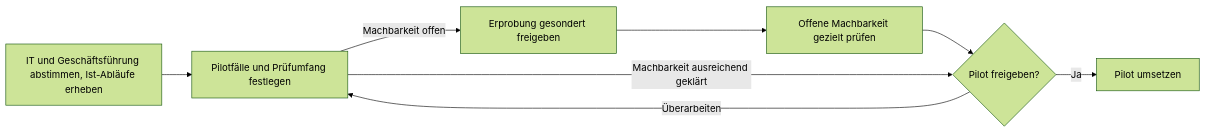
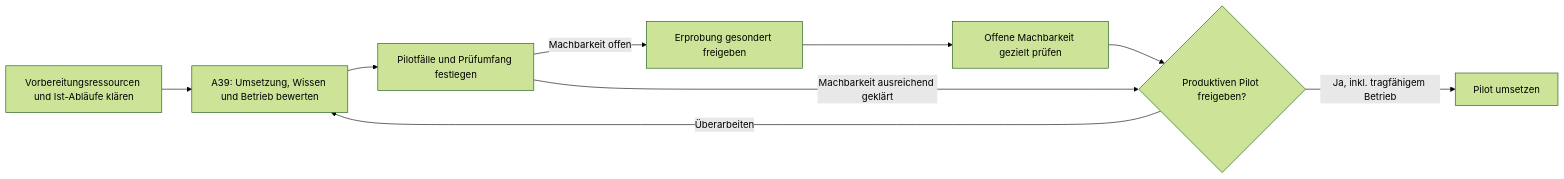
One commit to JoergHippe/VIC-GDI changed the diagram in docs/07_ROADMAP.md. Above: the diagram before and after it, drawn with Mermaid (forest theme).

Commit message:
docs(P4): A39-Roadmap und technische Vertiefungen gezielt vereinfachen

````diff
--- a/docs/07_ROADMAP.md
+++ b/docs/07_ROADMAP.md
@@ -13,15 +13,16 @@
 ```mermaid
 flowchart LR
-  Prepare["IT und Geschäftsführung abstimmen, Ist-Abläufe erheben"]
+  Prepare["Vorbereitungsressourcen und Ist-Abläufe klären"]
+  Model["A39: Umsetzung, Wissen und Betrieb bewerten"]
   Select["Pilotfälle und Prüfumfang festlegen"]
   Release["Erprobung gesondert freigeben"]
   Test["Offene Machbarkeit gezielt prüfen"]
-  Decide{"Pilot freigeben?"}
+  Decide{"Produktiven Pilot freigeben?"}
   Use["Pilot umsetzen"]
-  Prepare --> Select
+  Prepare --> Model --> Select
   Select -->|Machbarkeit offen| Release
   Release --> Test --> Decide
   Select -->|Machbarkeit ausreichend geklärt| Decide
-  Decide -->|Ja| Use
-  Decide -->|Überarbeiten| Select
+  Decide -->|Ja, inkl. tragfähigem Betrieb| Use
+  Decide -->|Überarbeiten| Model
 ```
````
